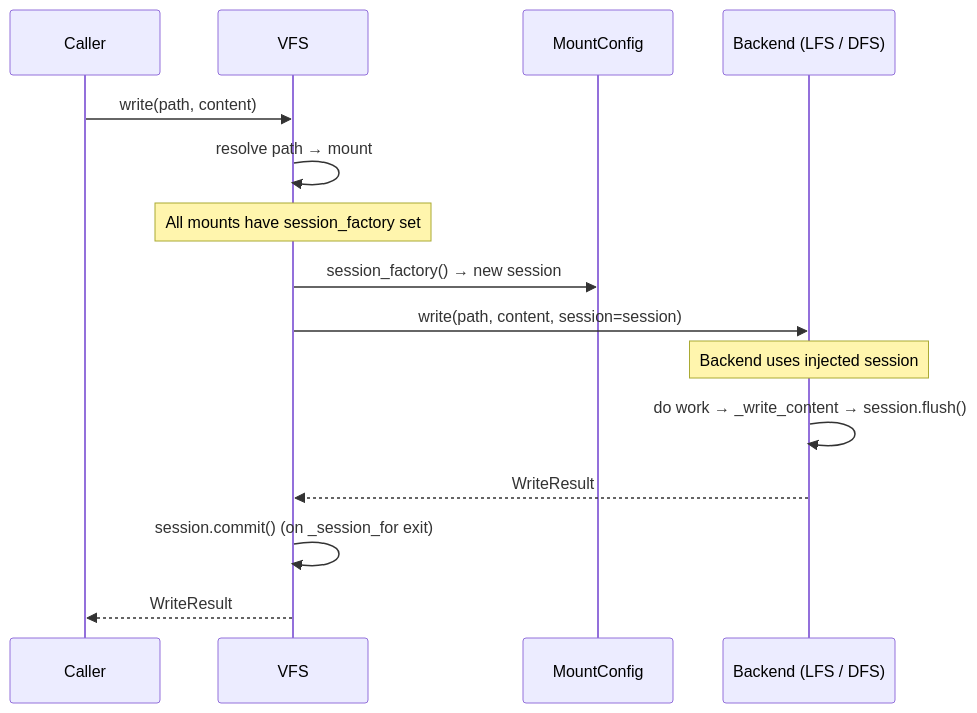
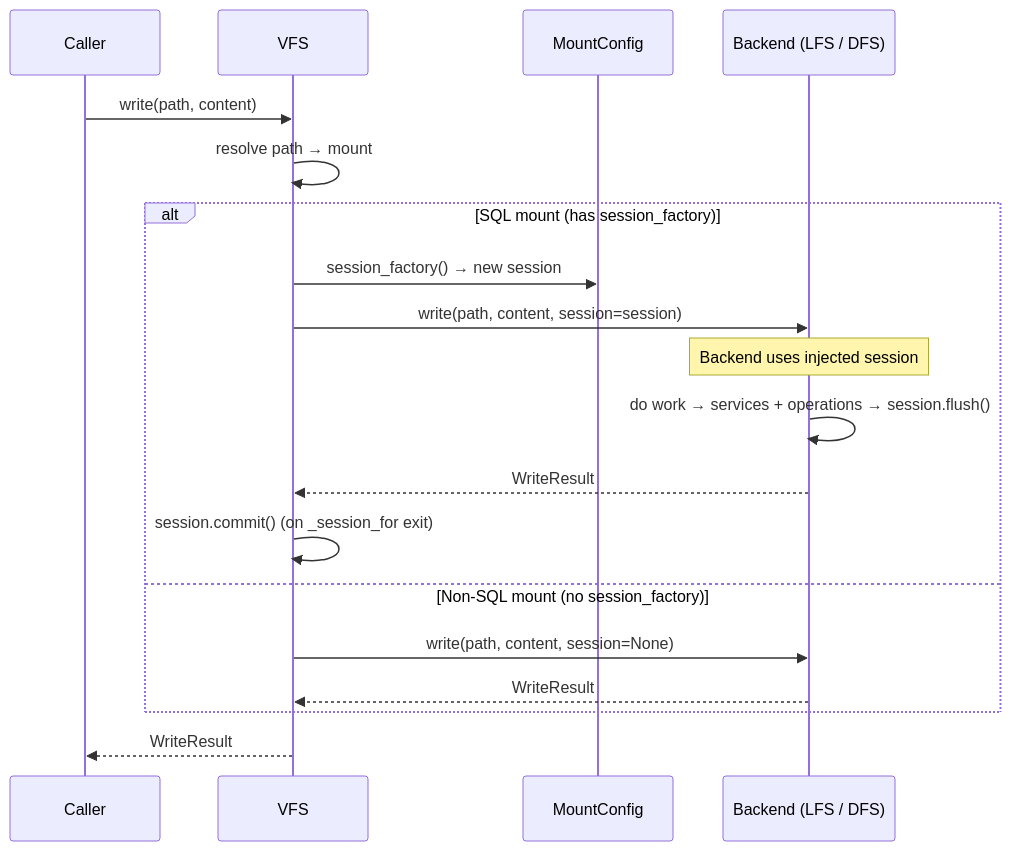
The fourth of 9 diagrams in docs/fs_architecture.md (ClayGendron/grover), drawn with Mermaid before and after one commit. The commit also changed other lines of this file and 23 other files, not shown here.

````diff
--- a/docs/fs_architecture.md
+++ b/docs/fs_architecture.md
@@ -214,20 +268,24 @@
 ```mermaid
 sequenceDiagram
     participant Caller
     participant UFS as VFS
     participant MC as MountConfig
     participant Backend as Backend (LFS / DFS)
 
     Caller->>UFS: write(path, content)
     UFS->>UFS: resolve path → mount
 
-    Note over UFS: All mounts have session_factory set
-    UFS->>MC: session_factory() → new session
-    UFS->>Backend: write(path, content, session=session)
-    Note over Backend: Backend uses injected session
-    Backend->>Backend: do work → _write_content → session.flush()
+    alt SQL mount (has session_factory)
+        UFS->>MC: session_factory() → new session
+        UFS->>Backend: write(path, content, session=session)
+        Note over Backend: Backend uses injected session
+        Backend->>Backend: do work → services + operations → session.flush()
+        Backend-->>UFS: WriteResult
+        UFS->>UFS: session.commit() (on _session_for exit)
+    else Non-SQL mount (no session_factory)
+        UFS->>Backend: write(path, content, session=None)
+        Backend-->>UFS: WriteResult
+    end
 
-    Backend-->>UFS: WriteResult
-    UFS->>UFS: session.commit() (on _session_for exit)
     UFS-->>Caller: WriteResult
 ```
````
